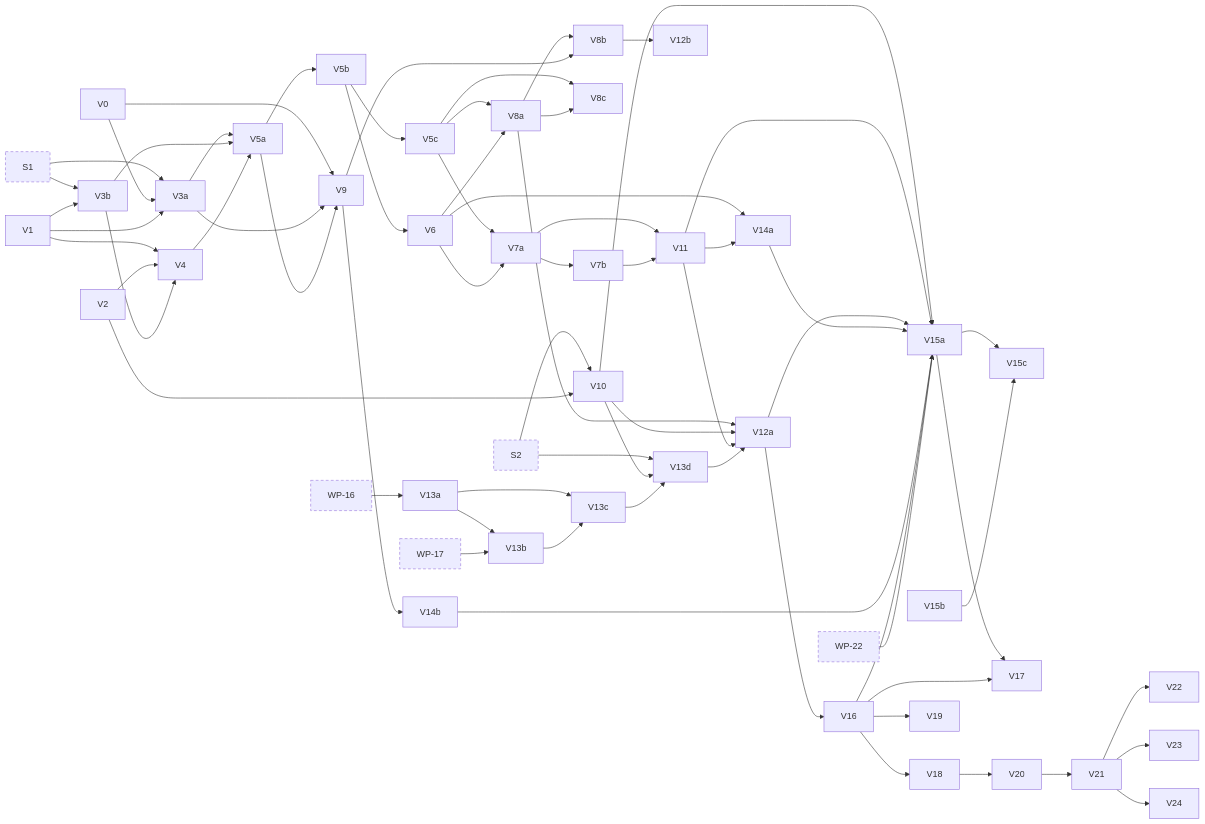
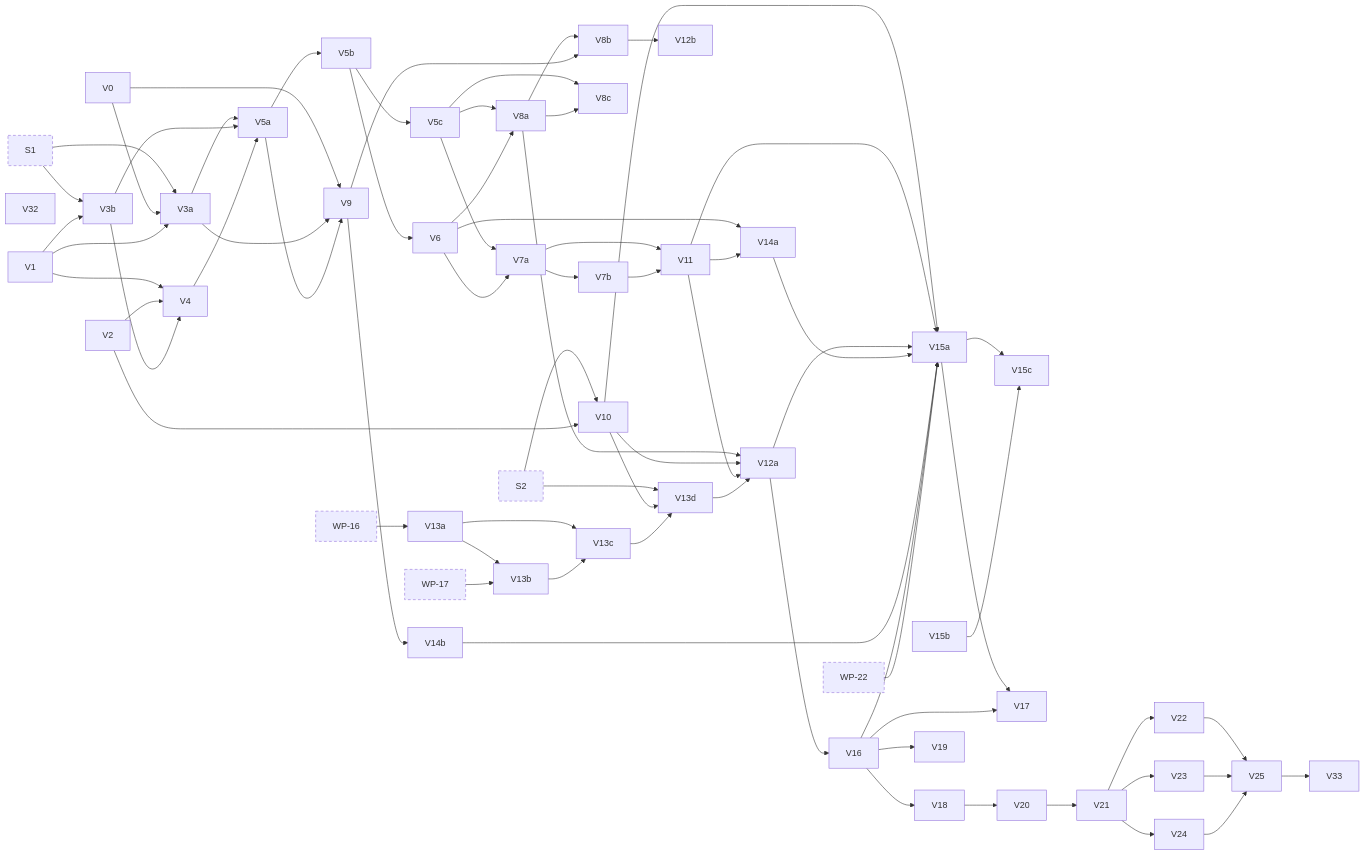
The fourth of 11 diagrams in docs/superpowers/plans/2026-10-13-phase-2/dependencies.md (jhoblitt/rgw-go), drawn with Mermaid before and after one commit. The commit also changed other lines of this file and 5 other files, not shown here.

```diff
--- a/docs/superpowers/plans/2026-10-13-phase-2/dependencies.md
+++ b/docs/superpowers/plans/2026-10-13-phase-2/dependencies.md
@@ -277,6 +349,9 @@
   t_V22["V22"]
   t_V23["V23"]
   t_V24["V24"]
+  t_V25["V25"]
+  t_V32["V32"]
+  t_V33["V33"]
   t_S1["S1"]:::ext
   t_S2["S2"]:::ext
   t_WP_16["WP-16"]:::ext
@@ -347,6 +422,10 @@
   t_V21 --> t_V22
   t_V21 --> t_V23
   t_V21 --> t_V24
+  t_V22 --> t_V25
+  t_V23 --> t_V25
+  t_V24 --> t_V25
+  t_V25 --> t_V33
   click t_V0 href "https://github.com/jhoblitt/rgw-go/blob/main/docs/superpowers/plans/2026-10-13-phase-2/V-versioning.md#task-v0-a-failed-class-call-keeps-its-output" "V0: a failed class call keeps its output"
   click t_V1 href "https://github.com/jhoblitt/rgw-go/blob/main/docs/superpowers/plans/2026-10-13-phase-2/V-versioning.md#task-v1-clsrgw-olh-methods-bi_get-and-the-index-key-encoders" "V1: cls/rgw OLH methods, `bi_get` and the index key encoders"
   click t_V2 href "https://github.com/jhoblitt/rgw-go/blob/main/docs/superpowers/plans/2026-10-13-phase-2/V-versioning.md#task-v2-meta-olh-head-types-and-bucket-helpers" "V2: meta OLH head types and bucket helpers"
@@ -385,6 +464,9 @@
   click t_V22 href "https://github.com/jhoblitt/rgw-go/blob/main/docs/superpowers/plans/2026-10-13-phase-2/V-versioning.md#task-v22-a-replays-removal-keeps-a-version-a-link-lands-on-after-the-replay-read-the-log" "V22: a replay's removal keeps a version a link lands on after the replay read the log"
   click t_V23 href "https://github.com/jhoblitt/rgw-go/blob/main/docs/superpowers/plans/2026-10-13-phase-2/V-versioning.md#task-v23-two-refused-deletes-keep-the-newest-version-current" "V23: two refused deletes keep the newest version current"
   click t_V24 href "https://github.com/jhoblitt/rgw-go/blob/main/docs/superpowers/plans/2026-10-13-phase-2/V-versioning.md#task-v24-a-version-left-unlisted-is-still-expired-and-blocks-deletebucket" "V24: a version left unlisted is still expired and blocks DeleteBucket"
+  click t_V25 href "https://github.com/jhoblitt/rgw-go/blob/main/docs/superpowers/plans/2026-10-13-phase-2/V-versioning.md#task-v25-a-link-refuses-to-land-on-a-version-a-replays-removal-has-prepared" "V25: a link refuses to land on a version a replay's removal has prepared"
+  click t_V32 href "https://github.com/jhoblitt/rgw-go/blob/main/docs/superpowers/plans/2026-10-13-phase-2/V-versioning.md#task-v32-a-version-id-holding-_-names-no-version" "V32: a version id holding `_` names no version"
+  click t_V33 href "https://github.com/jhoblitt/rgw-go/blob/main/docs/superpowers/plans/2026-10-13-phase-2/V-versioning.md#task-v33-a-null-writes-first-link-waits-for-a-removal-of-the-null-data-and-gives-way-to-it" "V33: a null write's first link waits for a removal of the null data, and gives way to it"
   click t_S1 href "https://github.com/jhoblitt/rgw-go/blob/main/docs/superpowers/plans/2026-10-13-phase-2/00-index.md#task-s1-fakeradoss-rgw-class-as-method-tables" "S1: fakerados's rgw class as method tables"
   click t_S2 href "https://github.com/jhoblitt/rgw-go/blob/main/docs/superpowers/plans/2026-10-13-phase-2/00-index.md#task-s2-route-sets-per-feature-and-the-env-slots" "S2: route sets per feature and the Env slots"
   click t_WP_16 href "https://github.com/jhoblitt/rgw-go/blob/main/docs/superpowers/plans/2026-10-13-phase-2/WP-write-path.md#task-wp-16-the-otp-class-client" "WP-16: the otp class client"
```
